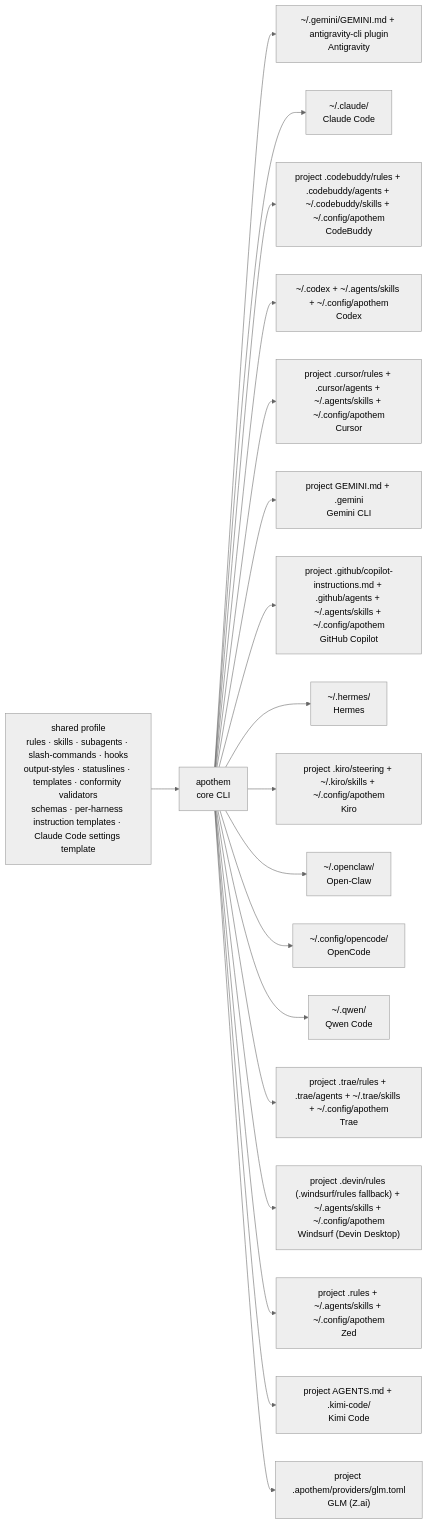
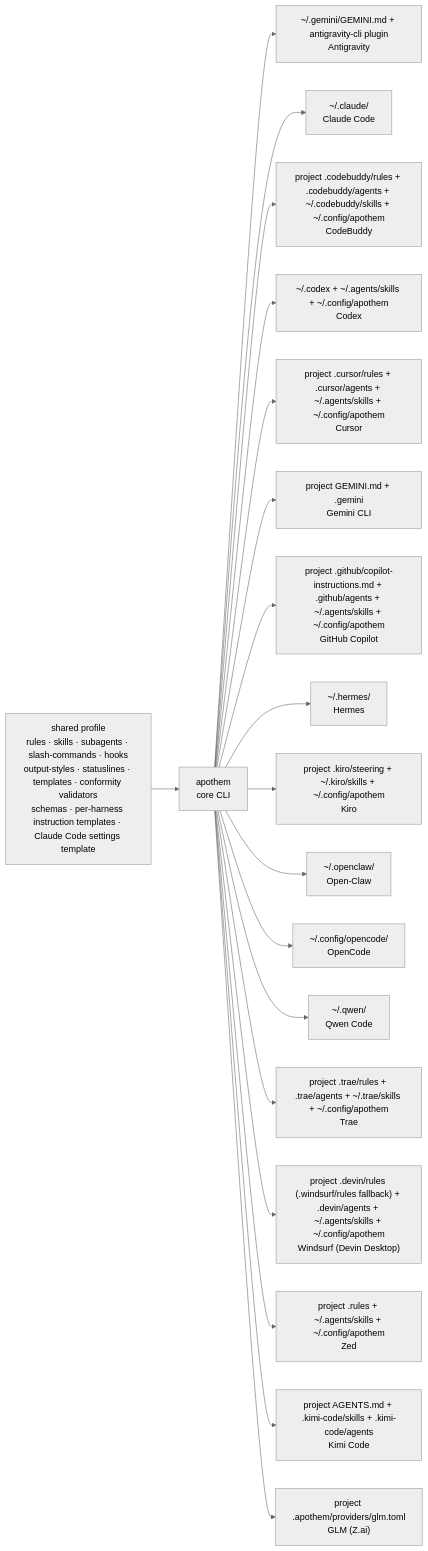
The first of 2 diagrams in README.md (Ahmed-G-Gad/apothem), drawn with Mermaid before and after one commit. The commit also changed other lines of this file and 125 other files, not shown here.

````diff
--- a/README.md
+++ b/README.md
@@ -606,27 +606,27 @@
 ```mermaid
 %%{ init: { "theme": "neutral" } }%%
 %% verified: 2026-10-15 %%
 %% provenance: README.md §How it works — apothem's seventeen-harness materialization fan-out %%
 %% cross-reference: src/apothem/lib/harness_registry_data.py (the authoritative adapter registry) %%
 graph LR
     P["shared profile<br/>rules · skills · subagents · slash-commands · hooks<br/>output-styles · statuslines · templates · conformity validators<br/>schemas · per-harness instruction templates · Claude Code settings template"]
     A["apothem<br/>core CLI"]
     P --> A
     A --> AG["~/.gemini/GEMINI.md + antigravity-cli plugin<br/>Antigravity"]
     A --> CC["~/.claude/<br/>Claude Code"]
     A --> CB["project .codebuddy/rules + .codebuddy/agents + ~/.codebuddy/skills + ~/.config/apothem<br/>CodeBuddy"]
     A --> CO["~/.codex + ~/.agents/skills + ~/.config/apothem<br/>Codex"]
     A --> CU["project .cursor/rules + .cursor/agents + ~/.agents/skills + ~/.config/apothem<br/>Cursor"]
     A --> GE["project GEMINI.md + .gemini<br/>Gemini CLI"]
     A --> GC["project .github/copilot-instructions.md + .github/agents + ~/.agents/skills + ~/.config/apothem<br/>GitHub Copilot"]
     A --> HE["~/.hermes/<br/>Hermes"]
     A --> KI["project .kiro/steering + ~/.kiro/skills + ~/.config/apothem<br/>Kiro"]
     A --> OW["~/.openclaw/<br/>Open-Claw"]
     A --> OC["~/.config/opencode/<br/>OpenCode"]
     A --> QW["~/.qwen/<br/>Qwen Code"]
     A --> TR["project .trae/rules + .trae/agents + ~/.trae/skills + ~/.config/apothem<br/>Trae"]
-    A --> WI["project .devin/rules (.windsurf/rules fallback) + ~/.agents/skills + ~/.config/apothem<br/>Windsurf (Devin Desktop)"]
+    A --> WI["project .devin/rules (.windsurf/rules fallback) + .devin/agents + ~/.agents/skills + ~/.config/apothem<br/>Windsurf (Devin Desktop)"]
     A --> ZE["project .rules + ~/.agents/skills + ~/.config/apothem<br/>Zed"]
-    A --> KM["project AGENTS.md + .kimi-code/<br/>Kimi Code"]
+    A --> KM["project AGENTS.md + .kimi-code/skills + .kimi-code/agents<br/>Kimi Code"]
     A --> GL["project .apothem/providers/glm.toml<br/>GLM (Z.ai)"]
 ```
````
